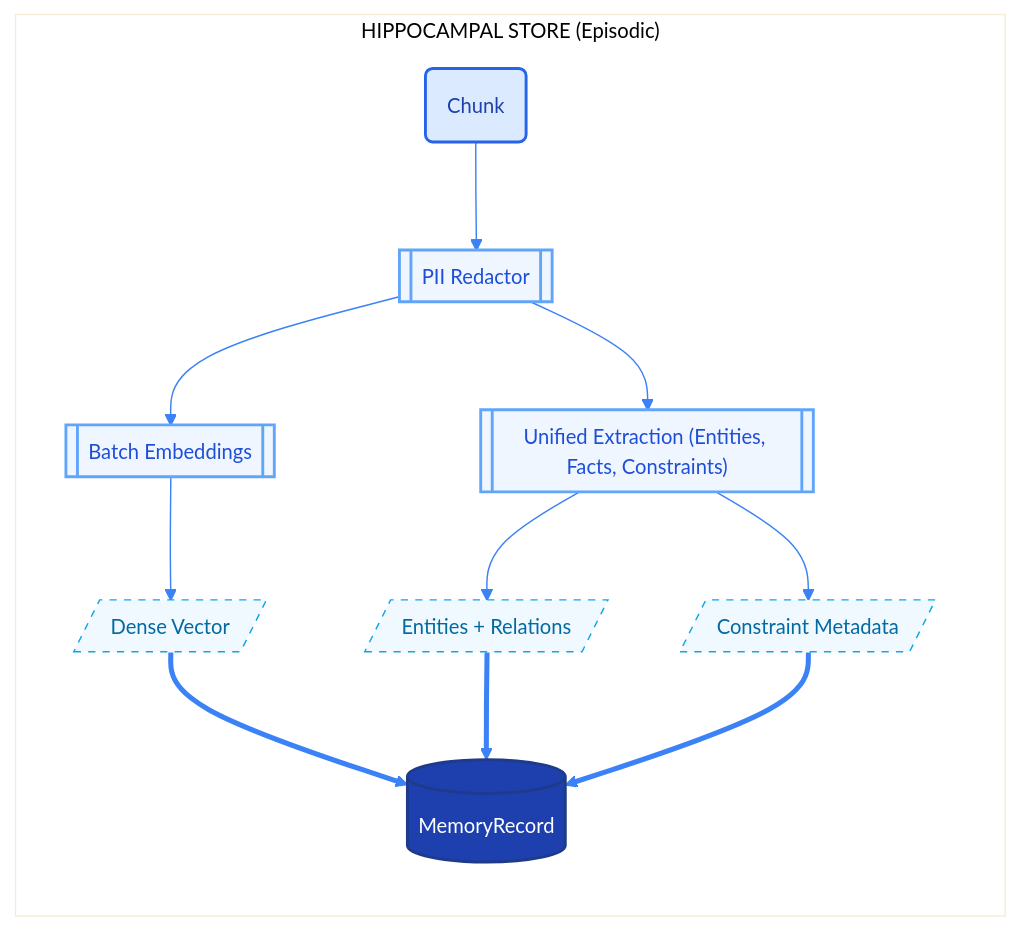
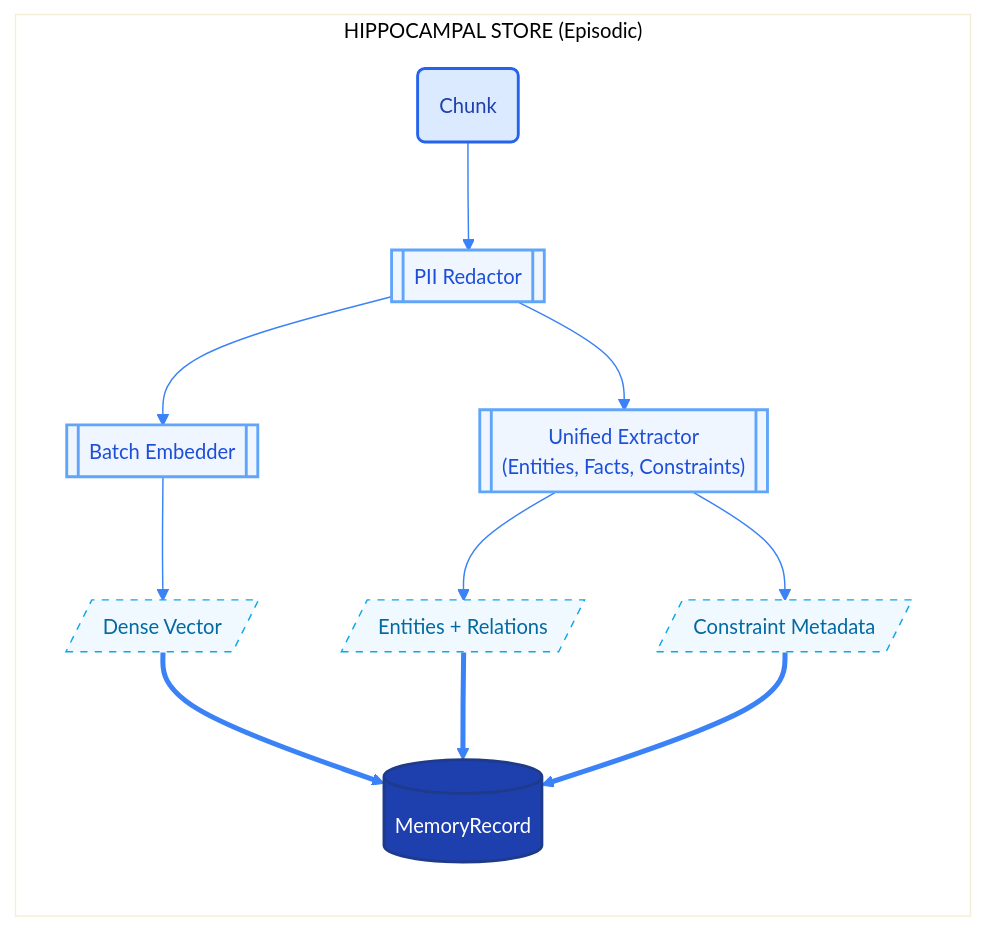
The fifth of 11 diagrams in README.md (avinash-mall/CognitiveMemoryLayer), drawn with Mermaid before and after one commit. The commit also changed other lines of this file and 50 other files, not shown here.

````diff
--- a/README.md
+++ b/README.md
@@ -331,40 +335,40 @@
 ```mermaid
 %%{
   init: {
     'theme': 'base',
     'flowchart': { 'useMaxWidth': true },
     'themeVariables': {
       'primaryColor': '#EEF2FF',
       'primaryTextColor': '#1e3a8a',
       'primaryBorderColor': '#1d4ed8',
       'lineColor': '#3b82f6',
       'fontSize': '14px'
     }
   }
 }%%
 flowchart TD
     classDef input fill:#dbeafe,stroke:#2563eb,stroke-width:2px,color:#1e40af
     classDef process fill:#eff6ff,stroke:#60a5fa,stroke-width:2px,color:#1d4ed8
     classDef data fill:#f0f9ff,stroke:#0ea5e9,stroke-width:1px,stroke-dasharray: 5 5,color:#0369a1
     classDef storage fill:#1e40af,stroke:#1e3a8a,stroke-width:2px,color:#fff
 
     subgraph Hippo ["HIPPOCAMPAL STORE (Episodic)"]
         direction TB
         Chunk(Chunk):::input
         PII[[PII Redactor]]:::process
-        Embed[[Batch Embeddings]]:::process
-        Unified[["Unified Extraction (Entities, Facts, Constraints)"]]:::process
+        Embed[[Batch Embedder]]:::process
+        Unified[["Unified Extractor\n(Entities, Facts, Constraints)"]]:::process
         Dense[/"Dense Vector"/]:::data
         Sparse[/"Entities + Relations"/]:::data
         Meta[/"Constraint Metadata"/]:::data
         Record[("MemoryRecord")]:::storage
 
         Chunk --> PII
         PII --> Embed
         PII --> Unified
         Embed --> Dense
         Unified --> Sparse
         Unified --> Meta
         Dense & Sparse & Meta ==> Record
     end
 ```
````
